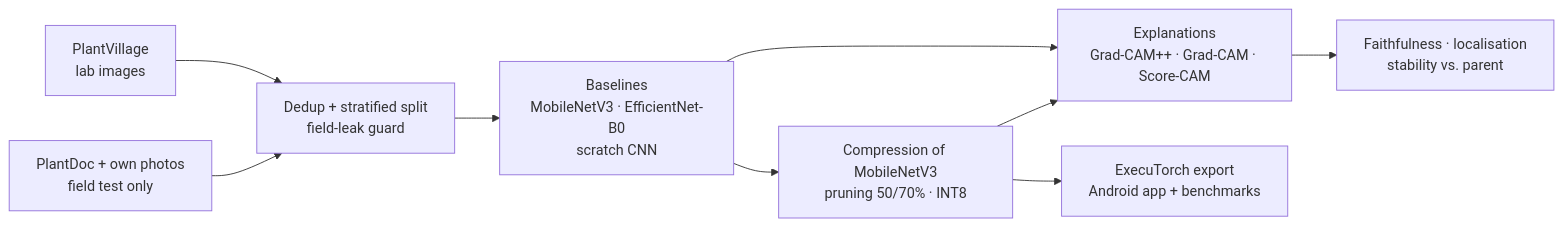
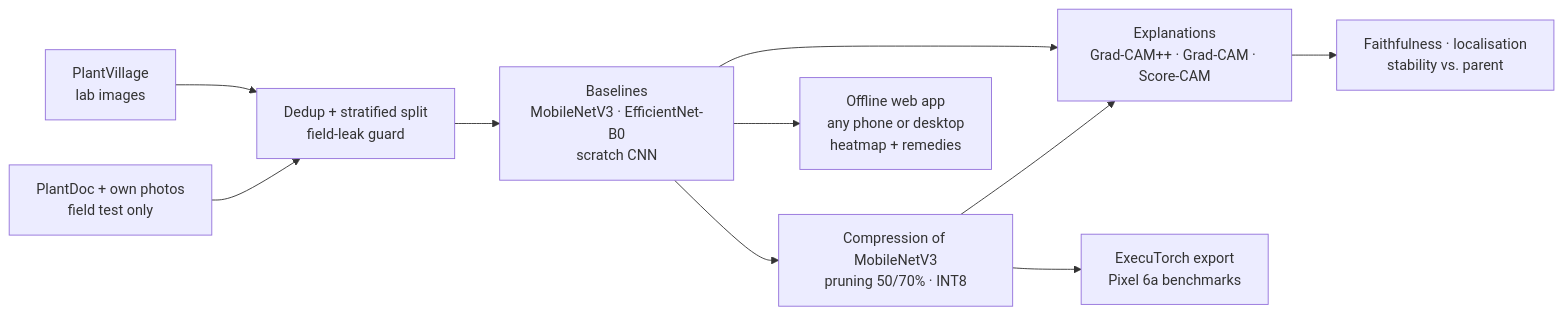
The diagram in README.md (ranjanvrma/crop-disease-xai), drawn with Mermaid before and after one commit. The commit also changed other lines of this file and 2 other files, not shown here.

First line of the commit message:
Docs and CI for the web app, remedies and field-robust experiment

````diff
--- a/README.md
+++ b/README.md
@@ -51,11 +52,12 @@
 ```mermaid
 flowchart LR
     A[PlantVillage<br/>lab images] --> B[Dedup + stratified split<br/>field-leak guard]
     F[PlantDoc + own photos<br/>field test only] --> B
     B --> C[Baselines<br/>MobileNetV3 · EfficientNet-B0<br/>scratch CNN]
     C --> D[Explanations<br/>Grad-CAM++ · Grad-CAM · Score-CAM]
     C --> E[Compression of MobileNetV3<br/>pruning 50/70% · INT8]
     E --> D
     D --> G[Faithfulness · localisation<br/>stability vs. parent]
-    E --> H[ExecuTorch export<br/>Android app + benchmarks]
+    E --> H[ExecuTorch export<br/>Pixel 6a benchmarks]
+    C --> W[Offline web app<br/>any phone or desktop<br/>heatmap + remedies]
 ```
````
